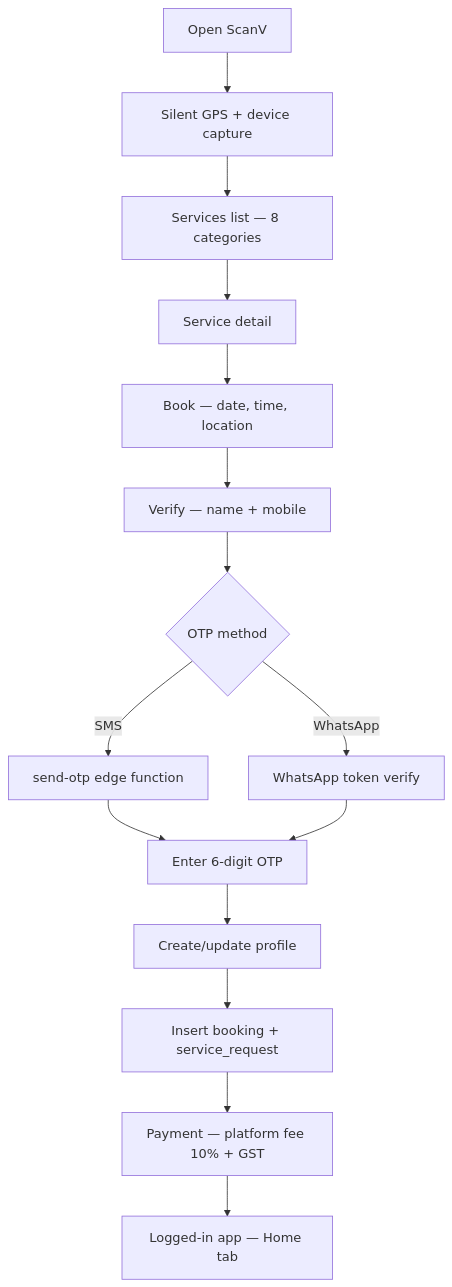
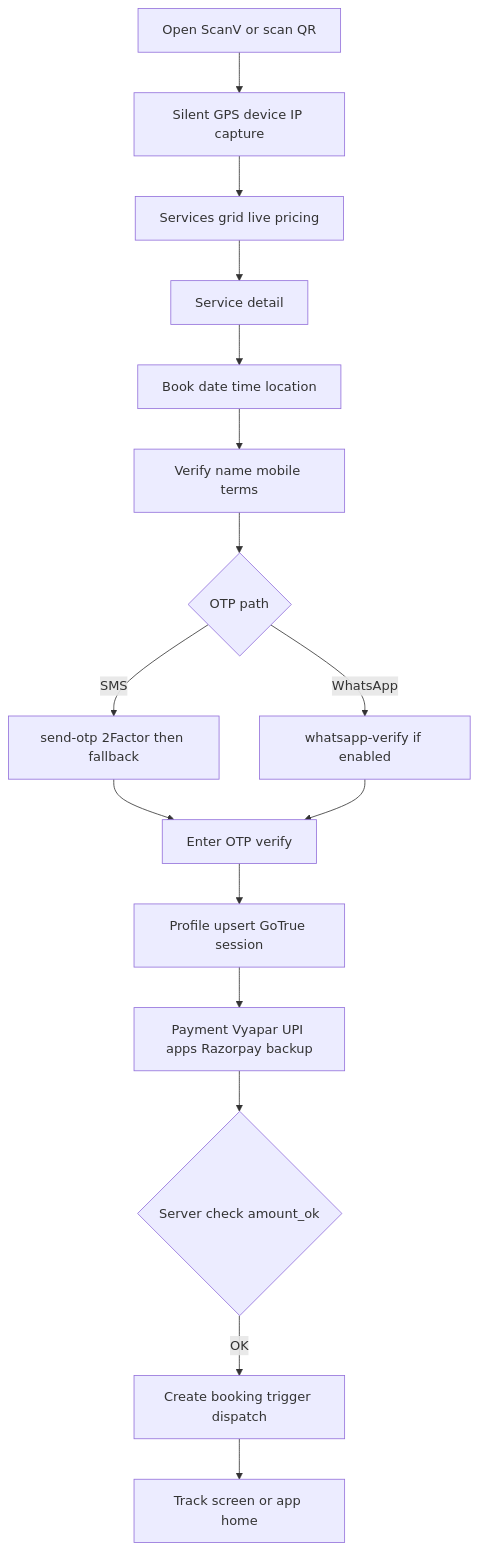
One commit to scanversecorp/scanverse changed the second of 5 diagrams in docs/ScanV-App-Flowcharts.md. Above: the diagram before and after it, drawn with Mermaid. The commit also changed other lines of this file and 14 other files, not shown here.

First line of the commit message:
Update architecture and data-flow diagrams for v5.5.3.

````diff
--- a/docs/ScanV-App-Flowcharts.md
+++ b/docs/ScanV-App-Flowcharts.md
@@ -32,17 +35,18 @@
 ```mermaid
 flowchart TD
-    A[Open ScanV] --> B[Silent GPS + device capture]
-    B --> C[Services list — 8 categories]
+    A[Open ScanV or scan QR] --> B[Silent GPS device IP capture]
+    B --> C[Services grid live pricing]
     C --> D[Service detail]
-    D --> E[Book — date, time, location]
-    E --> F[Verify — name + mobile]
-    F --> G{OTP method}
-    G -->|SMS| H[send-otp edge function]
-    G -->|WhatsApp| I[WhatsApp token verify]
-    H --> J[Enter 6-digit OTP]
+    D --> E[Book date time location]
+    E --> F[Verify name mobile terms]
+    F --> G{OTP path}
+    G -->|SMS| H[send-otp 2Factor then fallback]
+    G -->|WhatsApp| I[whatsapp-verify if enabled]
+    H --> J[Enter OTP verify]
     I --> J
-    J --> K[Create/update profile]
-    K --> L[Insert booking + service_request]
-    L --> M[Payment — platform fee 10% + GST]
-    M --> N[Logged-in app — Home tab]
+    J --> K[Profile upsert GoTrue session]
+    K --> L[Payment Vyapar UPI apps Razorpay backup]
+    L --> M{Server check amount_ok}
+    M -->|OK| N[Create booking trigger dispatch]
+    N --> O[Track screen or app home]
 ```
````
